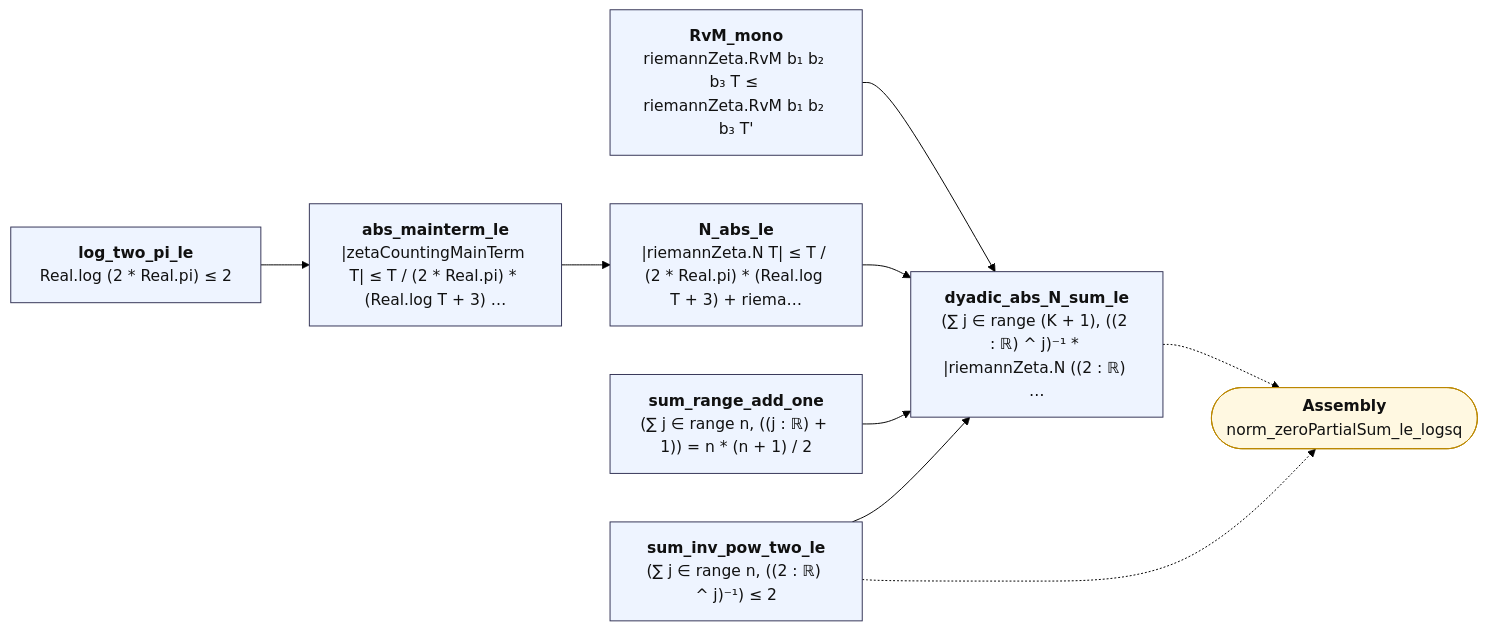
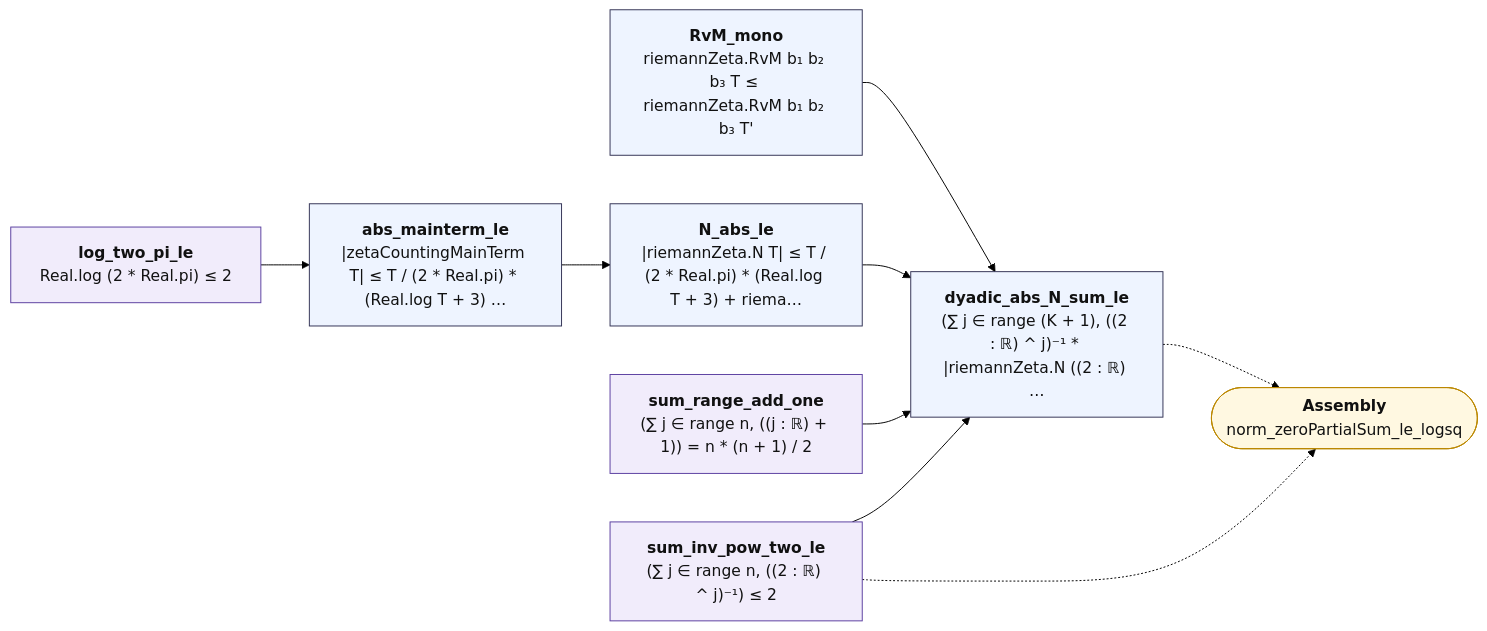
One commit to juliansambranojr/Primebeat_081426 changed the diagram in map/lean_stage3/ZeroSum.md. Above: the diagram before and after it, drawn with Mermaid (forest theme). The commit also changed other lines of this file and 398 other files, not shown here.

````diff
--- a/map/lean_stage3/ZeroSum.md
+++ b/map/lean_stage3/ZeroSum.md
@@ -12,24 +12,27 @@
 ```mermaid
 flowchart LR
-  n0["<b>log_two_pi_le</b><br/>Real.log (2 * Real.pi) ≤ 2"]:::thm
+  n0["<b>log_two_pi_le</b><br/>Real.log (2 * Real.pi) ≤ 2"]:::shp
   n1["<b>RvM_mono</b><br/>riemannZeta.RvM b₁ b₂ b₃ T ≤ riemannZeta.RvM b₁ b₂ b₃ T'"]:::thm
   n2["<b>abs_mainterm_le</b><br/>|zetaCountingMainTerm T| ≤ T / (2 * Real.pi) * (Real.log T + 3) …"]:::thm
   n3["<b>N_abs_le</b><br/>|riemannZeta.N T| ≤ T / (2 * Real.pi) * (Real.log T + 3) + riema…"]:::thm
-  n4["<b>sum_range_add_one</b><br/>(∑ j ∈ range n, ((j : ℝ) + 1)) = n * (n + 1) / 2"]:::thm
-  n5["<b>sum_inv_pow_two_le</b><br/>(∑ j ∈ range n, ((2 : ℝ) ^ j)⁻¹) ≤ 2"]:::thm
+  n4["<b>sum_range_add_one</b><br/>(∑ j ∈ range n, ((j : ℝ) + 1)) = n * (n + 1) / 2"]:::shp
+  n5["<b>sum_inv_pow_two_le</b><br/>(∑ j ∈ range n, ((2 : ℝ) ^ j)⁻¹) ≤ 2"]:::shp
   n6["<b>dyadic_abs_N_sum_le</b><br/>(∑ j ∈ range (K + 1), ((2 : ℝ) ^ j)⁻¹ * |riemannZeta.N ((2 : ℝ) …"]:::thm
   x0(["<b>Assembly</b><br/>norm_zeroPartialSum_le_logsq"]):::ext
   n0 --> n2
   n1 --> n6
   n2 --> n3
   n3 --> n6
   n4 --> n6
   n5 --> n6
   n5 -.-> x0
   n6 -.-> x0
+  classDef cnt fill:#dff5ec,stroke:#17694a,color:#111
+  classDef shp fill:#f1ecfb,stroke:#5b3fa0,color:#111
+  classDef rh fill:#ffe5e5,stroke:#c22,color:#111,stroke-width:2px
   classDef thm fill:#eef4ff,stroke:#335,color:#111
   classDef end_ fill:#e7f7e7,stroke:#2a7,color:#111,stroke-width:2px
   classDef lone fill:#fff,stroke:#999,color:#111,stroke-dasharray:4 3
   classDef bad fill:#ffe5e5,stroke:#c22,color:#111,stroke-width:2px
   classDef ext fill:#fff8e1,stroke:#b80,color:#111
 ```
````
